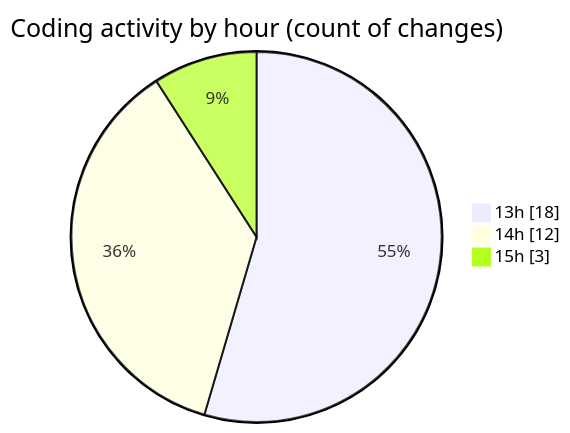
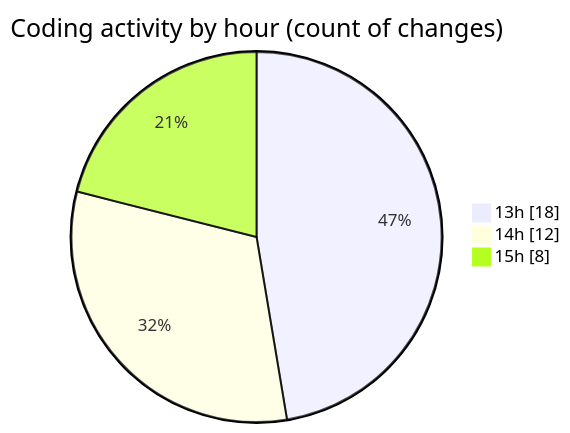
One commit to idhammustaqopulfikri/code-tracking changed the second of 2 diagrams in 2025-06-16/studio-backend/README.md. Above: the diagram before and after it, drawn with Mermaid. The commit also changed other lines of this file and 1 other file, not shown here.

````diff
--- a/2025-06-16/studio-backend/README.md
+++ b/2025-06-16/studio-backend/README.md
@@ -33,7 +33,7 @@
 ```mermaid
 pie showData
 title Coding activity by hour (count of changes)
 "13h" : 18
 "14h" : 12
-"15h" : 3
+"15h" : 8
 ```
````
